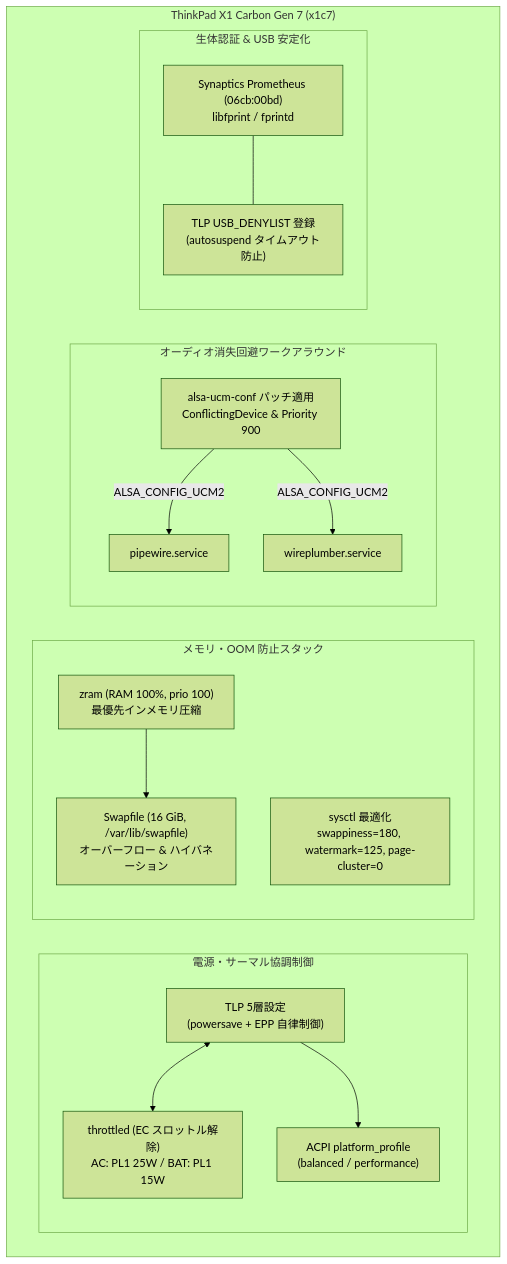
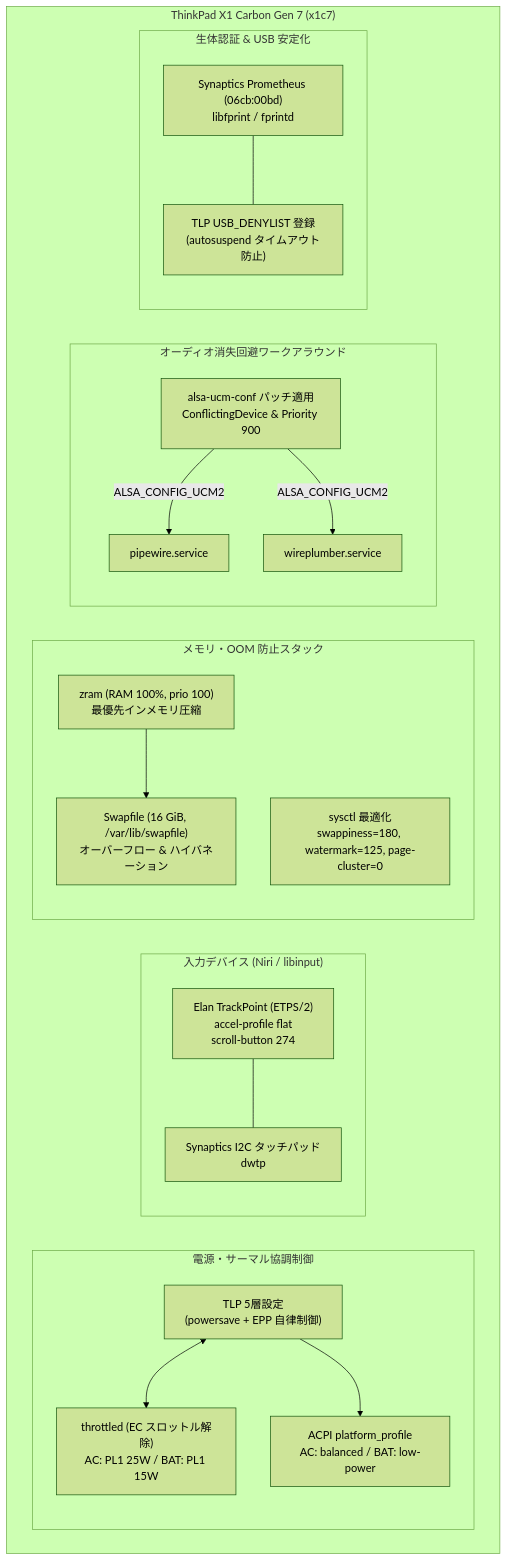
Before and after one commit to t3u-tsu/nix-config: the diagram in docs/hardware/thinkpad-x1c7.md, drawn with Mermaid (forest theme). The commit also changed other lines of this file and 4 other files, not shown here.

Commit message:
feat(x1c7): tune trackpoint and battery power profile with doc sync

````diff
--- a/docs/hardware/thinkpad-x1c7.md
+++ b/docs/hardware/thinkpad-x1c7.md
@@ -5,32 +5,38 @@
 ```mermaid
 flowchart TD
     subgraph X1C7["ThinkPad X1 Carbon Gen 7 (x1c7)"]
         subgraph PowerThermal["電源・サーマル協調制御"]
             TLP["TLP 5層設定<br>(powersave + EPP 自律制御)"]
             Throttled["throttled (EC スロットル解除)<br>AC: PL1 25W / BAT: PL1 15W"]
-            Platform["ACPI platform_profile<br>(balanced / performance)"]
+            Platform["ACPI platform_profile<br>AC: balanced / BAT: low-power"]
             TLP <--> Throttled
             TLP --> Platform
+        end
+
+        subgraph InputDevices["入力デバイス (Niri / libinput)"]
+            TrackPoint["Elan TrackPoint (ETPS/2)<br>accel-profile flat<br>scroll-button 274"]
+            Touchpad["Synaptics I2C タッチパッド<br>dwtp"]
+            TrackPoint --- Touchpad
         end
 
         subgraph MemorySwap["メモリ・OOM 防止スタック"]
             ZRAM["zram (RAM 100%, prio 100)<br>最優先インメモリ圧縮"]
             Swapfile["Swapfile (16 GiB, /var/lib/swapfile)<br>オーバーフロー & ハイバネーション"]
             Sysctl["sysctl 最適化<br>swappiness=180, watermark=125, page-cluster=0"]
             ZRAM --> Swapfile
         end
 
         subgraph AudioPatch["オーディオ消失回避ワークアラウンド"]
             UCM["alsa-ucm-conf パッチ適用<br>ConflictingDevice & Priority 900"]
             PipeWire["pipewire.service"]
             WirePlumber["wireplumber.service"]
             UCM -->|"ALSA_CONFIG_UCM2"| PipeWire & WirePlumber
         end
 
         subgraph AuthSec["生体認証 & USB 安定化"]
             Fprint["Synaptics Prometheus (06cb:00bd)<br>libfprint / fprintd"]
             TLP_Deny["TLP USB_DENYLIST 登録<br>(autosuspend タイムアウト防止)"]
             Fprint --- TLP_Deny
         end
     end
 ```
````
